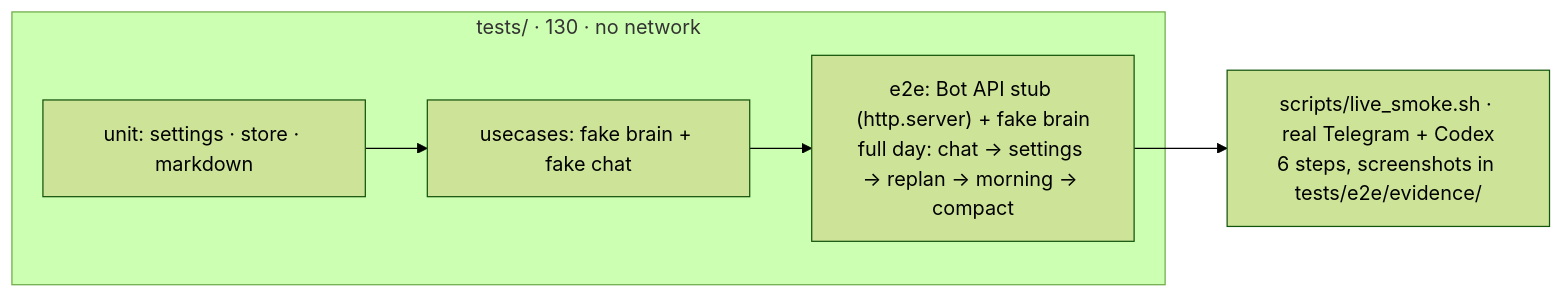
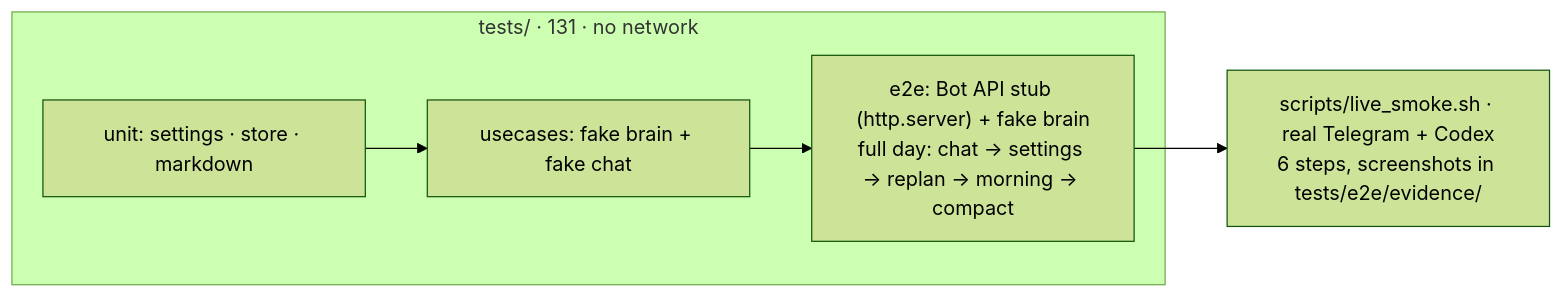
One commit to vovka/mentor-bot changed diagram 17 of 19 in docs/ARCHITECTURE.md. Above: the diagram before and after it, drawn with Mermaid (forest theme). The commit also changed other lines of this file and 4 other files, not shown here.

````diff
--- a/docs/ARCHITECTURE.md
+++ b/docs/ARCHITECTURE.md
@@ -408,8 +408,8 @@
 ```mermaid
 flowchart LR
-  subgraph "tests/ · 130 · no network"
+  subgraph "tests/ · 131 · no network"
     U[unit: settings · store · markdown] --> UC[usecases: fake brain + fake chat]
     UC --> E2E["e2e: Bot API stub (http.server) + fake brain<br/>full day: chat → settings → replan → morning → compact"]
   end
   E2E --> LIVE["scripts/live_smoke.sh · real Telegram + Codex<br/>6 steps, screenshots in tests/e2e/evidence/"]
 ```
````
